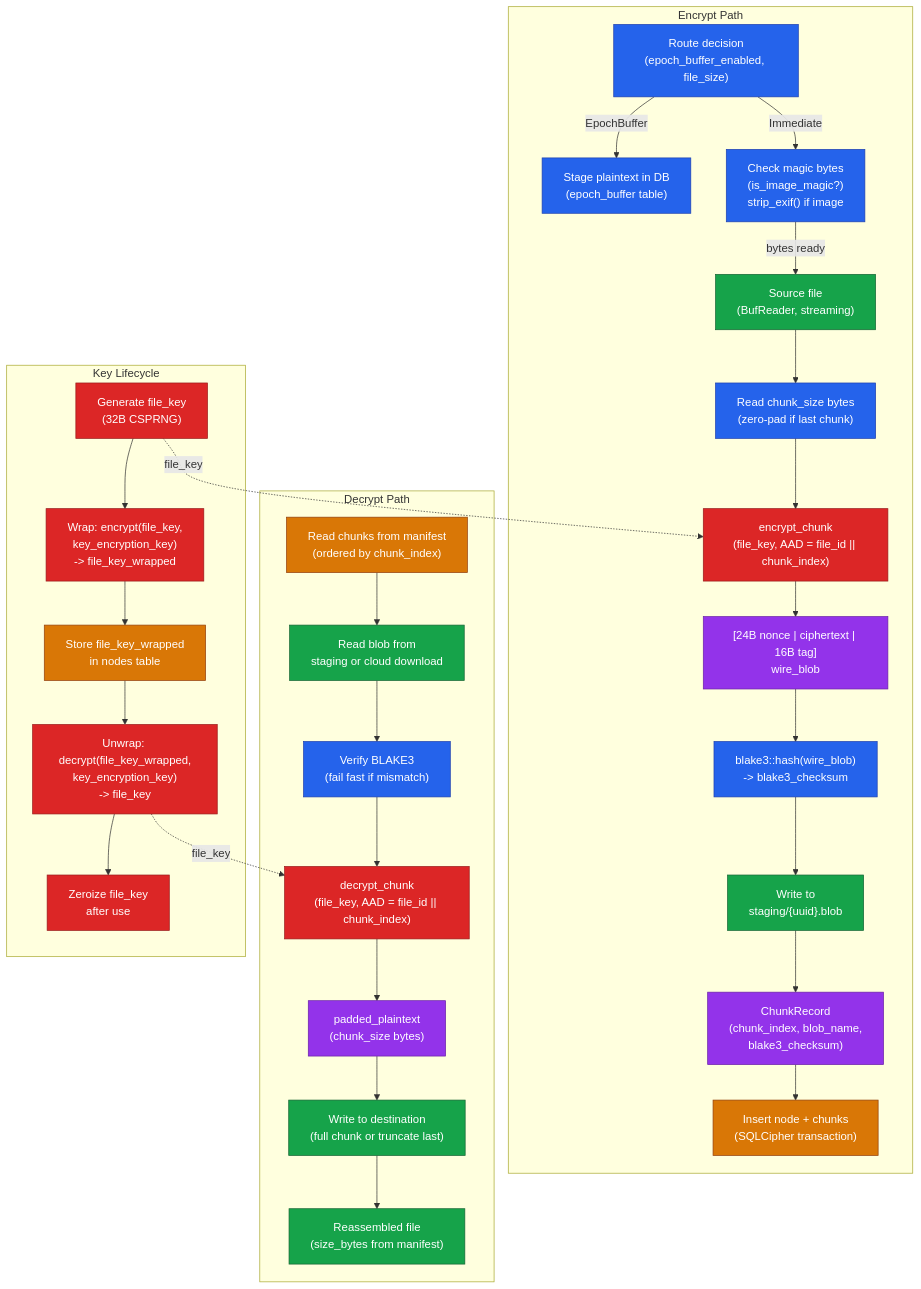
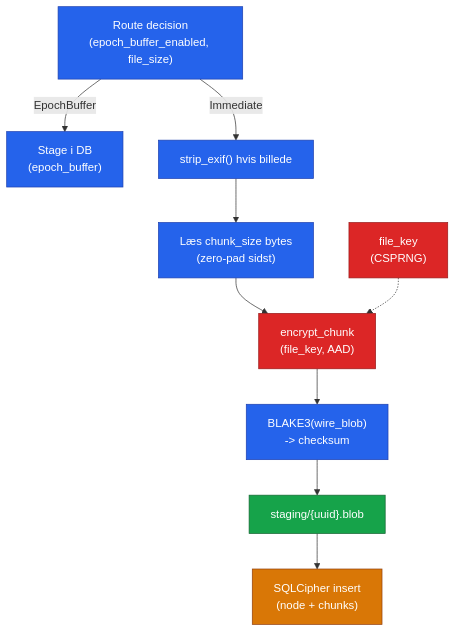
The fifth of 12 diagrams in docs/report/arx-runa-bachelorrapport.md (salgaard/arx-runa), drawn with Mermaid before and after one commit. The commit also changed other lines of this file and 4 other files, not shown here.

````diff
--- a/docs/report/arx-runa-bachelorrapport.md
+++ b/docs/report/arx-runa-bachelorrapport.md
@@ -714,53 +714,22 @@
 ```mermaid
 flowchart TD
-    subgraph ENCRYPT ["Encrypt Path"]
-        E0["Route decision<br/>(epoch_buffer_enabled, file_size)"]:::proc
-        E0B["Stage plaintext in DB<br/>(epoch_buffer table)"]:::proc
-        EXIF["Check magic bytes<br/>(is_image_magic?)<br/>strip_exif() if image"]:::proc
-        E1["Source file<br/>(BufReader, streaming)"]:::io
-        E2["Read chunk_size bytes<br/>(zero-pad if last chunk)"]:::proc
-        E3["encrypt_chunk<br/>(file_key, AAD = file_id #124;#124; chunk_index)"]:::crypto
-        E4["[24B nonce #124; ciphertext #124; 16B tag]<br/>wire_blob"]:::data
-        E5["blake3::hash(wire_blob)<br/>#45;#62; blake3_checksum"]:::proc
-        E6["Write to<br/>staging/{uuid}.blob"]:::io
-        E7["ChunkRecord<br/>(chunk_index, blob_name,<br/>blake3_checksum)"]:::data
-        E8["Insert node + chunks<br/>(SQLCipher transaction)"]:::db
-    end
-
-    subgraph DECRYPT ["Decrypt Path"]
-        D1["Read chunks from manifest<br/>(ordered by chunk_index)"]:::db
-        D2["Read blob from<br/>staging or cloud download"]:::io
-        D3["Verify BLAKE3<br/>(fail fast if mismatch)"]:::proc
-        D4["decrypt_chunk<br/>(file_key, AAD = file_id #124;#124; chunk_index)"]:::crypto
-        D5["padded_plaintext<br/>(chunk_size bytes)"]:::data
-        D6["Write to destination<br/>(full chunk or truncate last)"]:::io
-        D7["Reassembled file<br/>(size_bytes from manifest)"]:::io
-    end
-
-    subgraph KEYS ["Key Lifecycle"]
-        K1["Generate file_key<br/>(32B CSPRNG)"]:::crypto
-        K2["Wrap: encrypt(file_key,<br/>key_encryption_key)<br/>#45;#62; file_key_wrapped"]:::crypto
-        K3["Store file_key_wrapped<br/>in nodes table"]:::db
-        K4["Unwrap: decrypt(file_key_wrapped,<br/>key_encryption_key)<br/>#45;#62; file_key"]:::crypto
-        K5["Zeroize file_key<br/>after use"]:::crypto
-    end
-
-    K1 --> K2 --> K3
-    K3 --> K4 --> K5
+    E0["Route decision<br/>(epoch_buffer_enabled, file_size)"]:::proc
+    E0B["Stage i DB<br/>(epoch_buffer)"]:::proc
+    EXIF["strip_exif() hvis billede"]:::proc
+    E2["Læs chunk_size bytes<br/>(zero-pad sidst)"]:::proc
+    E3["encrypt_chunk<br/>(file_key, AAD)"]:::crypto
+    E5["BLAKE3(wire_blob)<br/>#45;#62; checksum"]:::proc
+    E6["staging/{uuid}.blob"]:::io
+    E8["SQLCipher insert<br/>(node + chunks)"]:::db
+    FKEY_E["file_key<br/>(CSPRNG)"]:::crypto
 
     E0 -->|Immediate| EXIF
     E0 -->|EpochBuffer| E0B
-    EXIF -->|bytes ready| E1
-    E1 --> E2 --> E3
-    K1 -.->|file_key| E3
-    E3 --> E4 --> E5 --> E6 --> E7 --> E8
-
-    D1 --> D2 --> D3 --> D4 --> D5 --> D6 --> D7
-    K4 -.->|file_key| D4
+    EXIF --> E2 --> E3 --> E5 --> E6 --> E8
+    FKEY_E -.-> E3
 
     classDef io fill:#16a34a,stroke:#166534,color:#fff
     classDef proc fill:#2563eb,stroke:#1e40af,color:#fff
     classDef crypto fill:#dc2626,stroke:#991b1b,color:#fff
-    classDef data fill:#9333ea,stroke:#6b21a8,color:#fff
     classDef db fill:#d97706,stroke:#92400e,color:#fff
 ```
````
